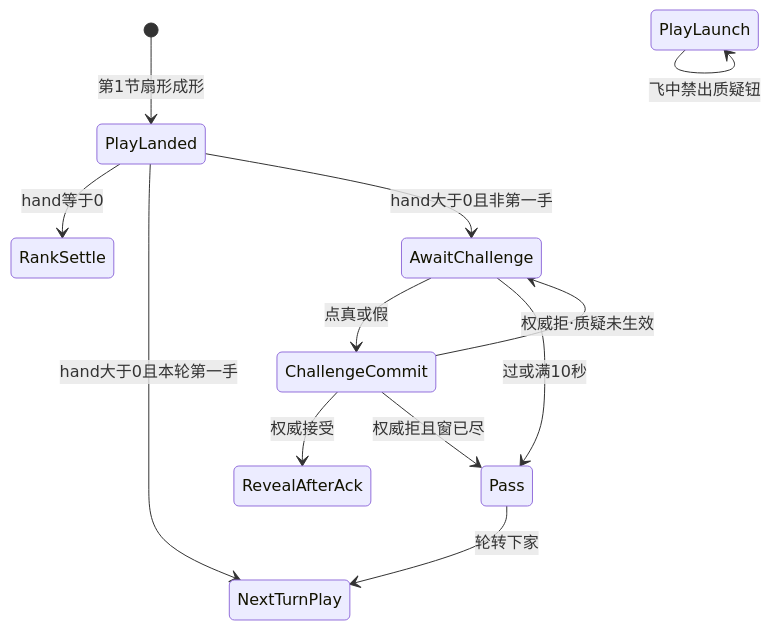
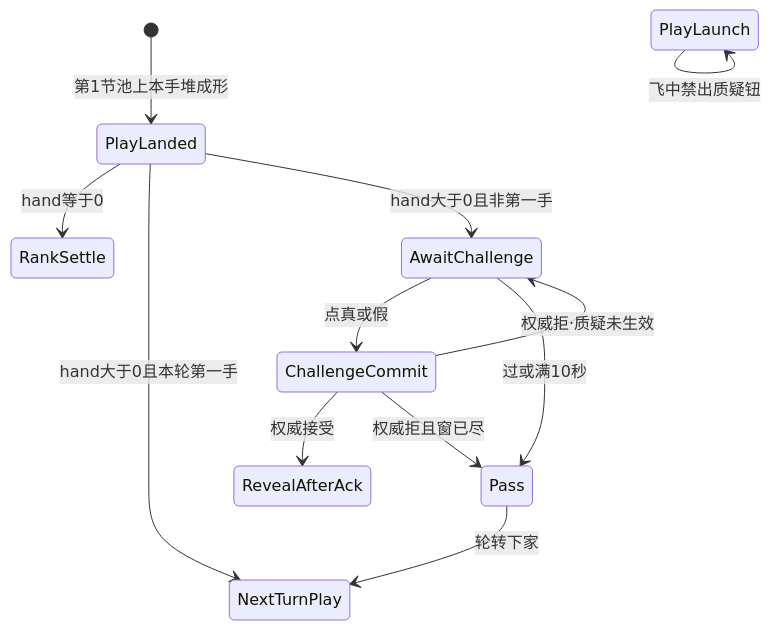
The diagram in docs/02-游戏设计/质疑入口-状态机.md (xubin0903/LiarBar), drawn with Mermaid before and after one commit. The commit also changed other lines of this file and 4 other files, not shown here.

````diff
--- a/docs/02-游戏设计/质疑入口-状态机.md
+++ b/docs/02-游戏设计/质疑入口-状态机.md
@@ -97,14 +97,14 @@
 ```mermaid
 stateDiagram-v2
-  [*] --> PlayLanded: 第1节扇形成形
+  [*] --> PlayLanded: 第1节池上本手堆成形
   PlayLanded --> RankSettle: hand等于0
   PlayLanded --> NextTurnPlay: hand大于0且本轮第一手
   PlayLanded --> AwaitChallenge: hand大于0且非第一手
   AwaitChallenge --> ChallengeCommit: 点真或假
   AwaitChallenge --> Pass: 过或满10秒
   ChallengeCommit --> RevealAfterAck: 权威接受
   ChallengeCommit --> AwaitChallenge: 权威拒·质疑未生效
   ChallengeCommit --> Pass: 权威拒且窗已尽
   Pass --> NextTurnPlay: 轮转下家
   PlayLaunch --> PlayLaunch: 飞中禁出质疑钮
 ```
````
